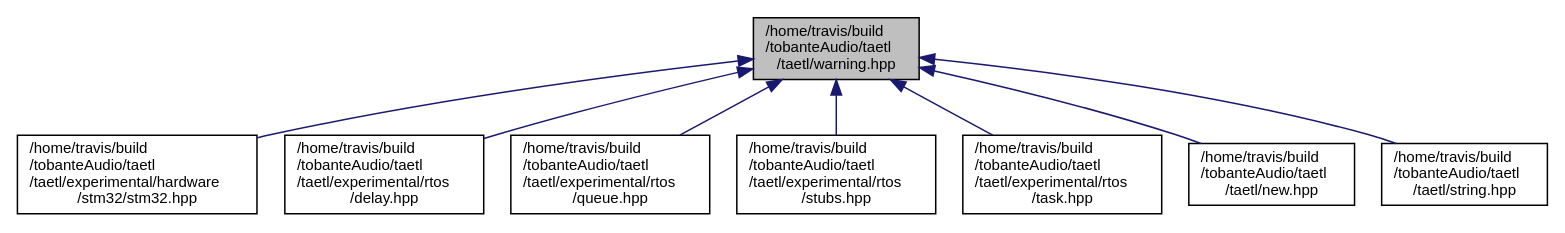
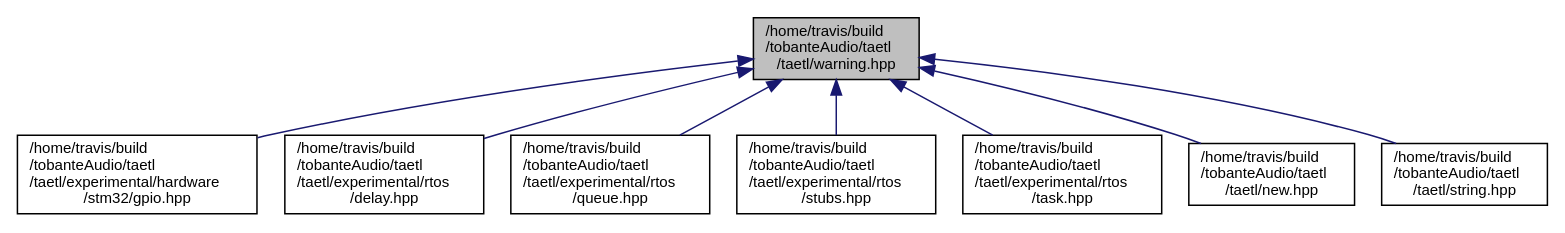
Before and after one commit to tobanteAudio/taetl: the diagram in warning_8hpp__dep__incl.dot, drawn with Graphviz. The commit also changed 39 other files, not shown here.

Commit message:
Deploy tobanteAudio/taetl to github.com/tobanteAudio/taetl.git:gh-pages

```diff
--- a/warning_8hpp__dep__incl.dot
+++ b/warning_8hpp__dep__incl.dot
@@ -1,20 +1,20 @@
 digraph "/home/travis/build/tobanteAudio/taetl/taetl/warning.hpp"
 {
   edge [fontname="Helvetica",fontsize="10",labelfontname="Helvetica",labelfontsize="10"];
   node [fontname="Helvetica",fontsize="10",shape=record];
   Node1 [label="/home/travis/build\l/tobanteAudio/taetl\l/taetl/warning.hpp",height=0.2,width=0.4,color="black", fillcolor="grey75", style="filled", fontcolor="black"];
   Node1 -> Node2 [dir="back",color="midnightblue",fontsize="10",style="solid",fontname="Helvetica"];
-  Node2 [label="/home/travis/build\l/tobanteAudio/taetl\l/taetl/experimental/hardware\l/stm32/stm32.hpp",height=0.2,width=0.4,color="black", fillcolor="white", style="filled",URL="$stm32_8hpp.html"];
+  Node2 [label="/home/travis/build\l/tobanteAudio/taetl\l/taetl/experimental/hardware\l/stm32/gpio.hpp",height=0.2,width=0.4,color="black", fillcolor="white", style="filled",URL="$gpio_8hpp.html"];
   Node1 -> Node3 [dir="back",color="midnightblue",fontsize="10",style="solid",fontname="Helvetica"];
   Node3 [label="/home/travis/build\l/tobanteAudio/taetl\l/taetl/experimental/rtos\l/delay.hpp",height=0.2,width=0.4,color="black", fillcolor="white", style="filled",URL="$delay_8hpp.html"];
   Node1 -> Node4 [dir="back",color="midnightblue",fontsize="10",style="solid",fontname="Helvetica"];
   Node4 [label="/home/travis/build\l/tobanteAudio/taetl\l/taetl/experimental/rtos\l/queue.hpp",height=0.2,width=0.4,color="black", fillcolor="white", style="filled",URL="$queue_8hpp.html"];
   Node1 -> Node5 [dir="back",color="midnightblue",fontsize="10",style="solid",fontname="Helvetica"];
   Node5 [label="/home/travis/build\l/tobanteAudio/taetl\l/taetl/experimental/rtos\l/stubs.hpp",height=0.2,width=0.4,color="black", fillcolor="white", style="filled",URL="$stubs_8hpp.html"];
   Node1 -> Node6 [dir="back",color="midnightblue",fontsize="10",style="solid",fontname="Helvetica"];
   Node6 [label="/home/travis/build\l/tobanteAudio/taetl\l/taetl/experimental/rtos\l/task.hpp",height=0.2,width=0.4,color="black", fillcolor="white", style="filled",URL="$task_8hpp.html"];
   Node1 -> Node7 [dir="back",color="midnightblue",fontsize="10",style="solid",fontname="Helvetica"];
   Node7 [label="/home/travis/build\l/tobanteAudio/taetl\l/taetl/new.hpp",height=0.2,width=0.4,color="black", fillcolor="white", style="filled",URL="$new_8hpp.html"];
   Node1 -> Node8 [dir="back",color="midnightblue",fontsize="10",style="solid",fontname="Helvetica"];
   Node8 [label="/home/travis/build\l/tobanteAudio/taetl\l/taetl/string.hpp",height=0.2,width=0.4,color="black", fillcolor="white", style="filled",URL="$string_8hpp.html"];
 }
```
